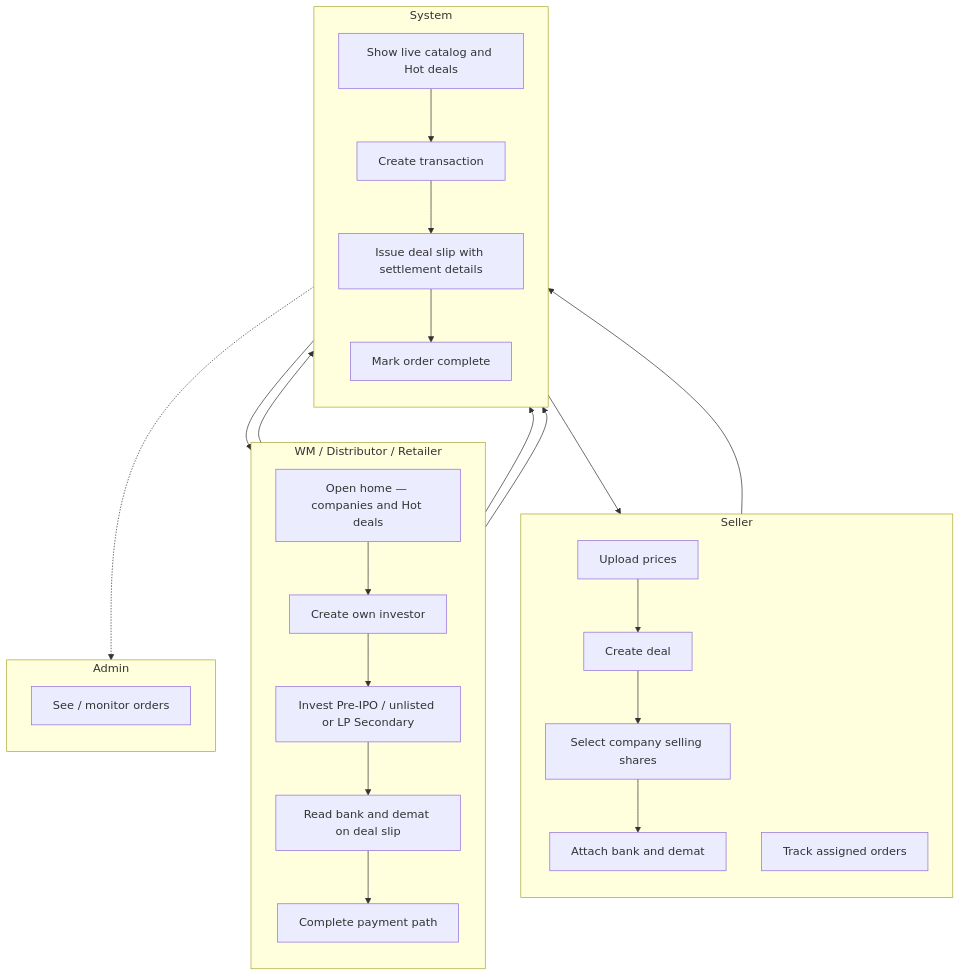
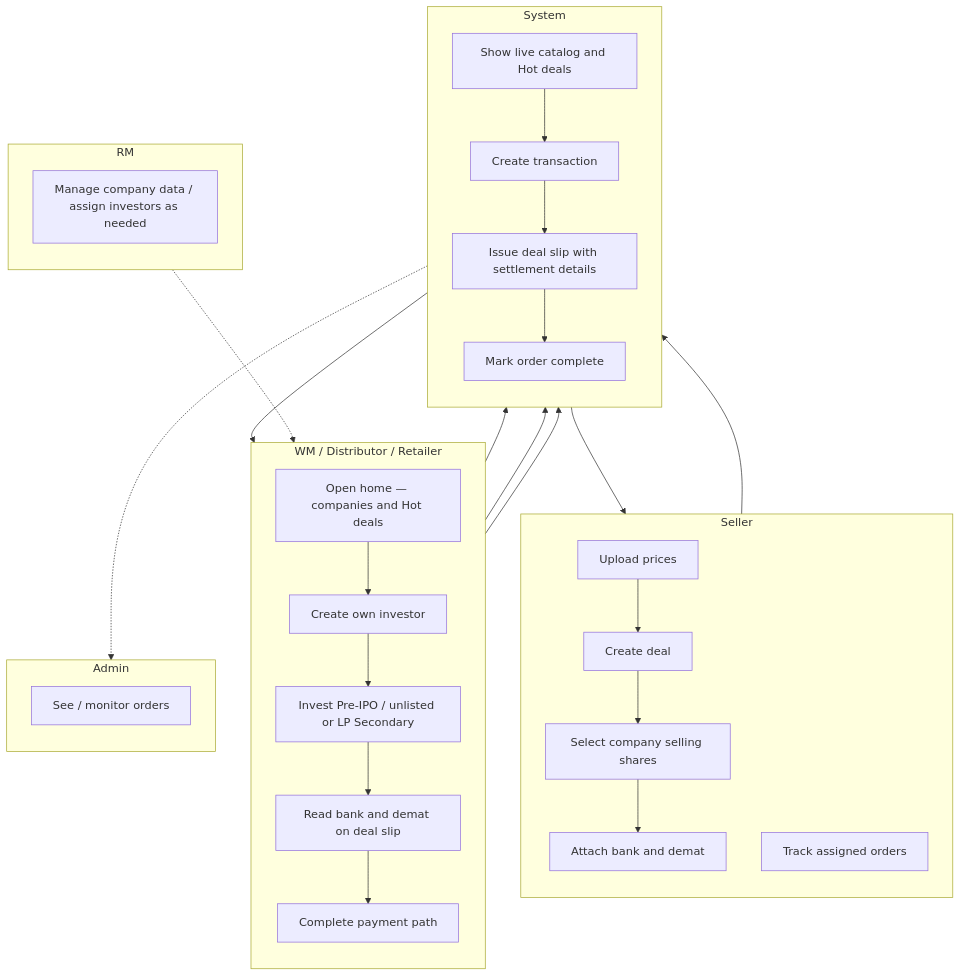
Before and after one commit to kavadevelopers/PrivateDealsBackend: the second of 3 diagrams in docs/new-system/diagrams/swimlane-activity.md, drawn with Mermaid. The commit also changed other lines of this file and 9 other files, not shown here.

````diff
--- a/docs/new-system/diagrams/swimlane-activity.md
+++ b/docs/new-system/diagrams/swimlane-activity.md
@@ -49,44 +57,50 @@
 ```mermaid
 flowchart TB
   subgraph SellerLane [Seller]
     direction TB
     S1[Upload prices]
     S2[Create deal]
     S3[Select company selling shares]
     S4[Attach bank and demat]
     S5[Track assigned orders]
     S1 --> S2 --> S3 --> S4
   end
 
   subgraph ChannelLane [WM / Distributor / Retailer]
     direction TB
     P1[Open home — companies and Hot deals]
     P2[Create own investor]
     P3[Invest Pre-IPO / unlisted or LP Secondary]
     P4[Read bank and demat on deal slip]
     P5[Complete payment path]
     P1 --> P2 --> P3 --> P4 --> P5
+  end
+
+  subgraph RMLane [RM]
+    direction TB
+    R1[Manage company data / assign investors as needed]
   end
 
   subgraph SystemLane [System]
     direction TB
     Y1[Show live catalog and Hot deals]
     Y2[Create transaction]
     Y3[Issue deal slip with settlement details]
     Y4[Mark order complete]
     Y1 --> Y2 --> Y3 --> Y4
   end
 
   subgraph AdminLane [Admin]
     direction TB
     A1[See / monitor orders]
   end
 
   S4 --> Y1
   P1 --> Y1
   P3 --> Y2
   Y3 --> P4
   P5 --> Y4
   Y2 -.-> A1
   Y4 --> S5
+  R1 -.-> P2
 ```
````
